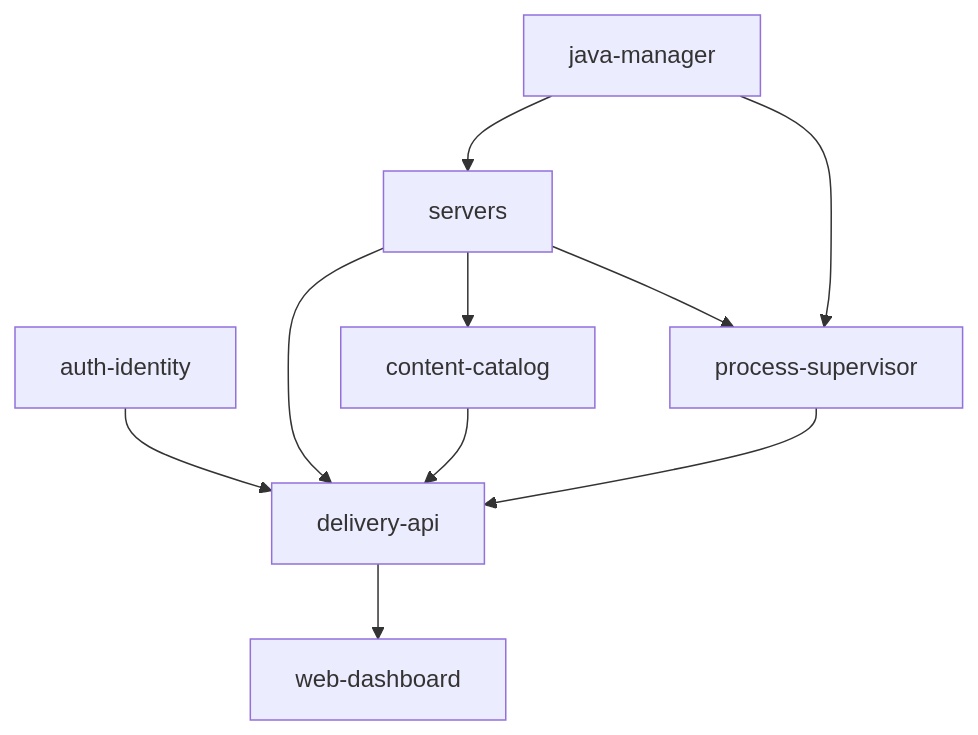
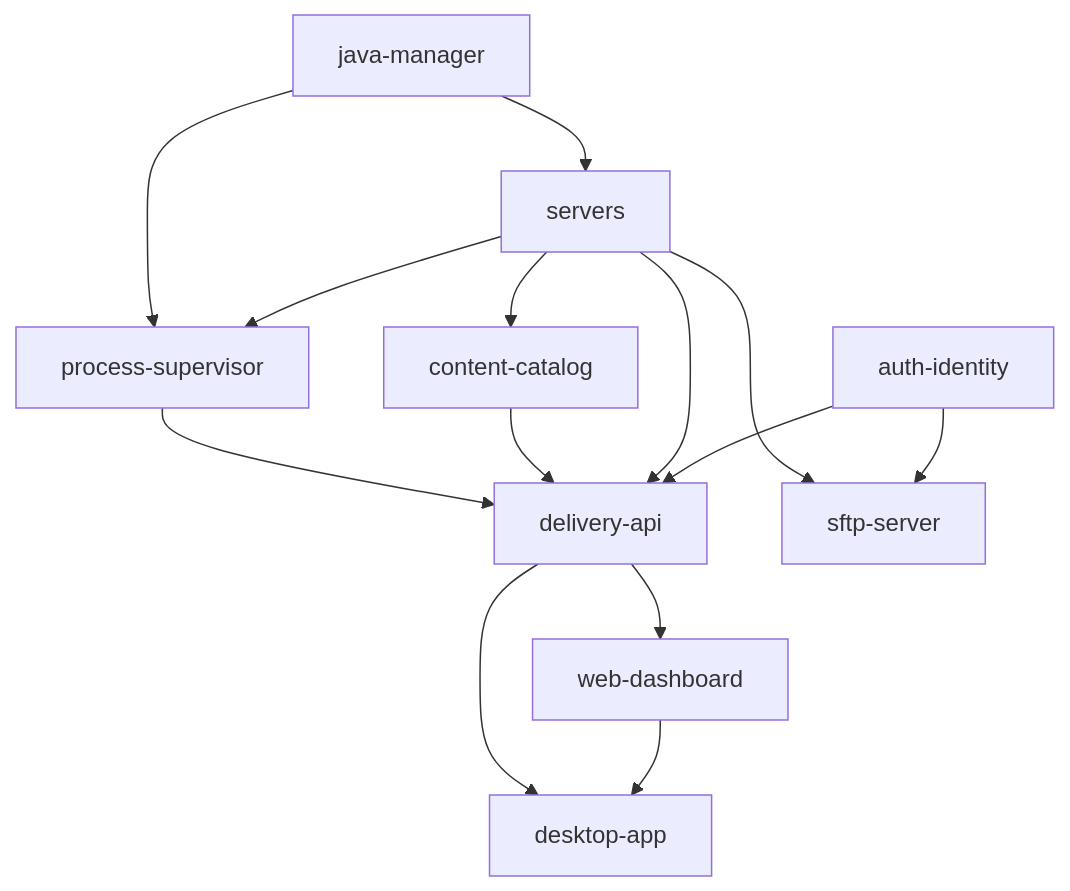
One commit to xavieraimacana/Singularity changed the diagram in docs/CAPABILITY_MAP.md. Above: the diagram before and after it, drawn with Mermaid. The commit also changed other lines of this file and 5 other files, not shown here.

Commit message:
feat(architecture): agregar aplicacion de escritorio electron y servidor sftp para antigravity ide

````diff
--- a/docs/CAPABILITY_MAP.md
+++ b/docs/CAPABILITY_MAP.md
@@ -23,20 +25,26 @@
 ```mermaid
 flowchart TD
     auth["auth-identity"]
     java["java-manager"]
     servers["servers"]
     catalog["content-catalog"]
     proc["process-supervisor"]
     api["delivery-api"]
+    sftp["sftp-server"]
     ui["web-dashboard"]
+    desktop["desktop-app"]
 
     java --> servers
     auth --> api
+    auth --> sftp
+    servers --> sftp
     servers --> catalog
     servers --> proc
     java --> proc
     servers --> api
     catalog --> api
     proc --> api
     api --> ui
+    ui --> desktop
+    api --> desktop
 ```
````
